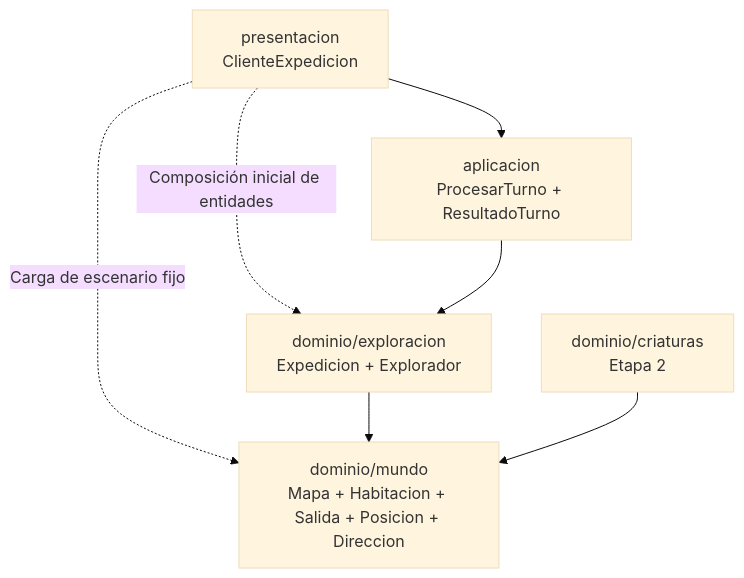
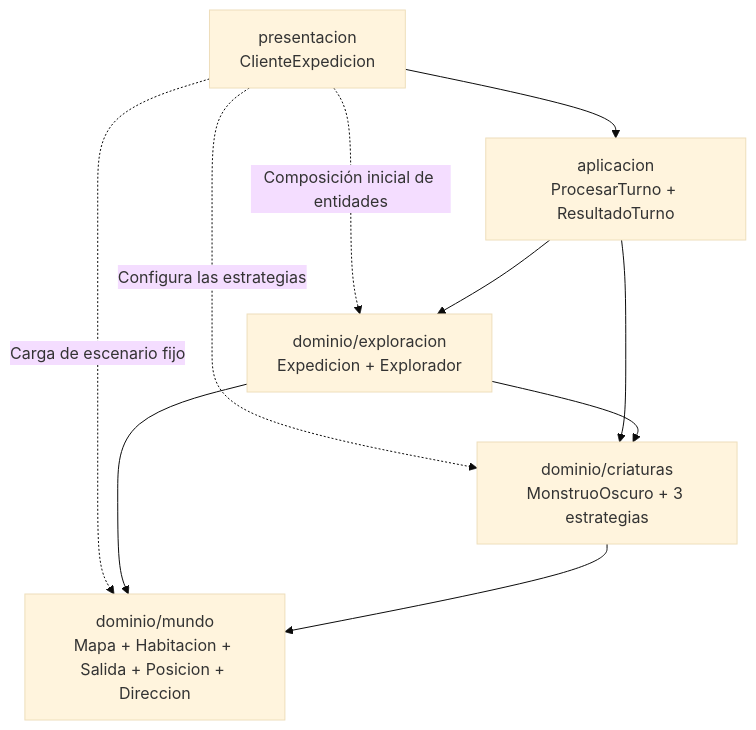
Before and after one commit to marcos-moreira-dev/Patrones-de-dise-o-Java: the first of 3 diagrams in proyectos/expedicion-liminal-integrada/docs/ARQUITECTURA.md, drawn with Mermaid (base theme). The commit also changed other lines of this file and 5 other files, not shown here.

Commit message:
docs(integrador): cerrar etapa Strategy y sincronizar dominio, UML y alcance

```diff
--- a/proyectos/expedicion-liminal-integrada/docs/ARQUITECTURA.md
+++ b/proyectos/expedicion-liminal-integrada/docs/ARQUITECTURA.md
@@ -7,14 +7,17 @@
 ~~~mermaid
 flowchart TD
     P["presentacion<br/>ClienteExpedicion"]
     A["aplicacion<br/>ProcesarTurno + ResultadoTurno"]
     E["dominio/exploracion<br/>Expedicion + Explorador"]
     M["dominio/mundo<br/>Mapa + Habitacion + Salida + Posicion + Direccion"]
-    C["dominio/criaturas<br/>Etapa 2"]
+    C["dominio/criaturas<br/>MonstruoOscuro + 3 estrategias"]
     P --> A
     P -. "Composición inicial de entidades" .-> E
     P -. "Carga de escenario fijo" .-> M
+    P -. "Configura las estrategias" .-> C
     A --> E
+    A --> C
     E --> M
+    E --> C
     C --> M
 ~~~
```
